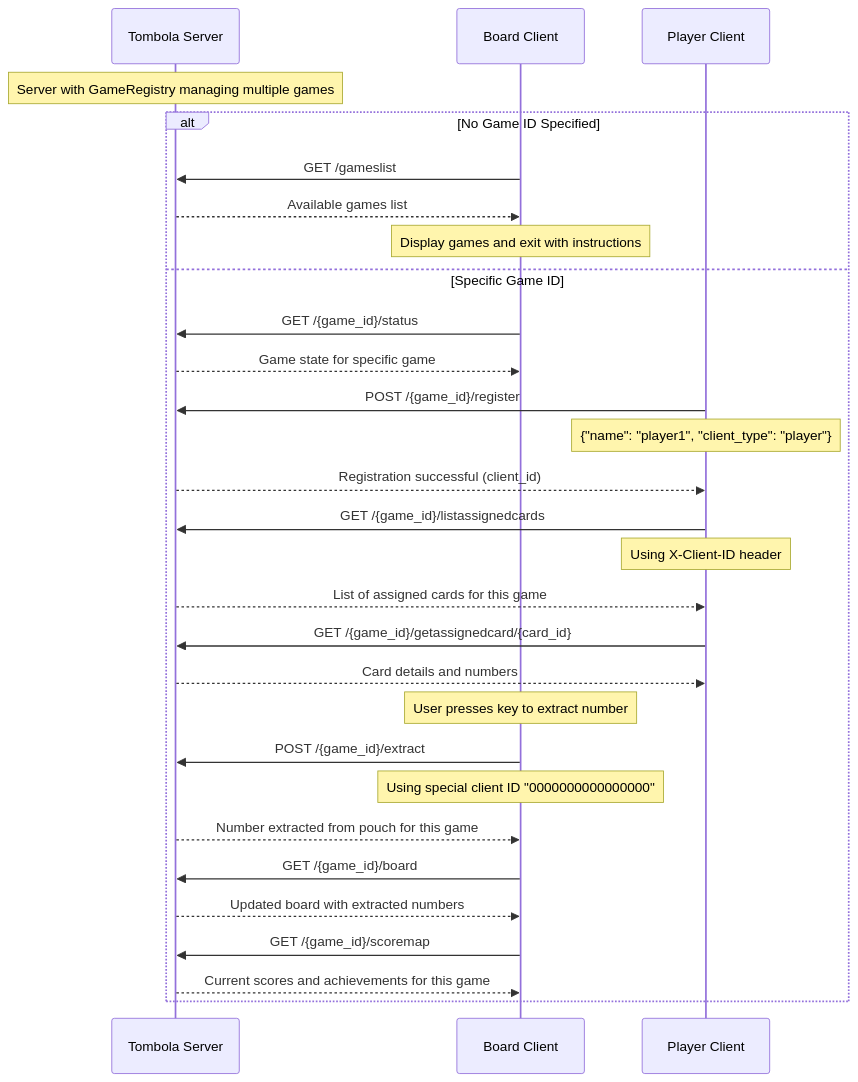
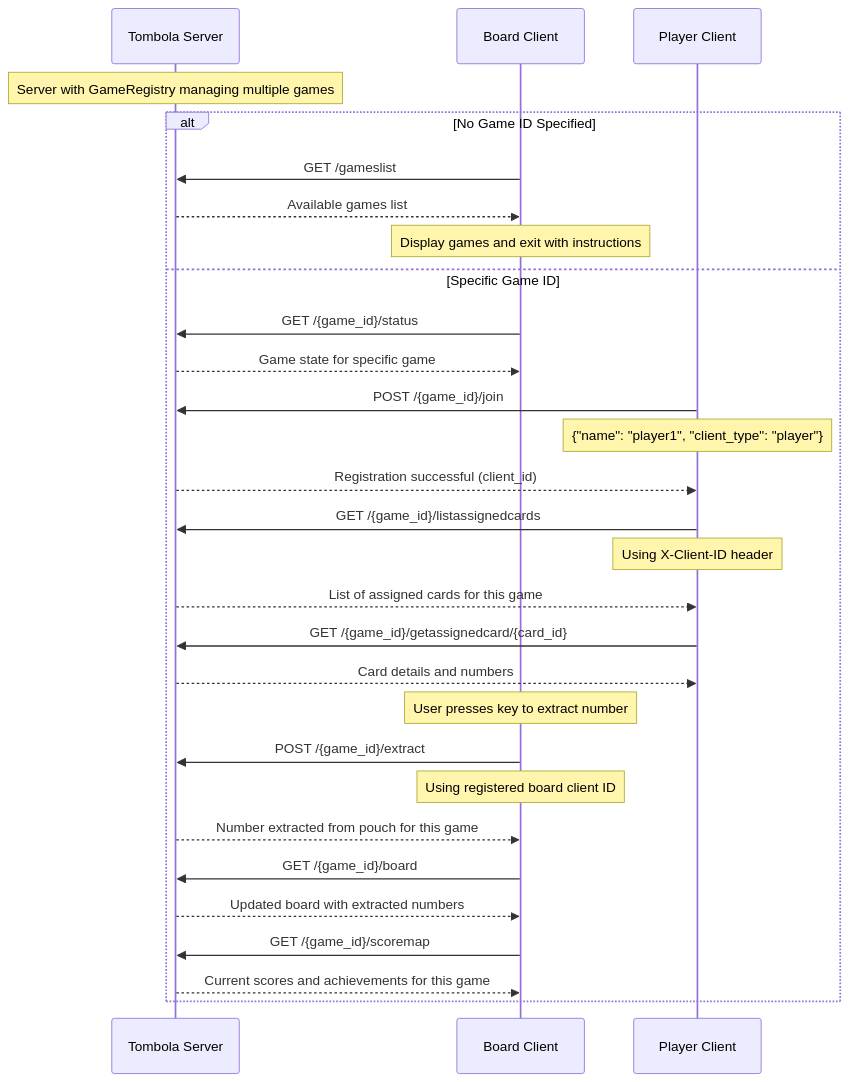
Before and after one commit to badbat75/tombola: the third of 11 diagrams in docs/FLOWS.md, drawn with Mermaid. The commit also changed other lines of this file and 14 other files, not shown here.

First line of the commit message:
feat: implement game-specific client type authorization system

````diff
--- a/docs/FLOWS.md
+++ b/docs/FLOWS.md
@@ -65,39 +65,39 @@
 ```mermaid
 sequenceDiagram
     participant S as Tombola Server
     participant BC as Board Client
     participant PC as Player Client
 
     Note over S: Server with GameRegistry managing multiple games
 
     alt No Game ID Specified
         BC->>S: GET /gameslist
         S-->>BC: Available games list
         Note over BC: Display games and exit with instructions
     else Specific Game ID
         BC->>S: GET /{game_id}/status
         S-->>BC: Game state for specific game
 
-        PC->>S: POST /{game_id}/register
+        PC->>S: POST /{game_id}/join
         Note over PC: {"name": "player1", "client_type": "player"}
         S-->>PC: Registration successful (client_id)
 
         PC->>S: GET /{game_id}/listassignedcards
         Note over PC: Using X-Client-ID header
         S-->>PC: List of assigned cards for this game
 
         PC->>S: GET /{game_id}/getassignedcard/{card_id}
         S-->>PC: Card details and numbers
 
         Note over BC: User presses key to extract number
         BC->>S: POST /{game_id}/extract
-        Note over BC: Using special client ID "0000000000000000"
+        Note over BC: Using registered board client ID
         S-->>BC: Number extracted from pouch for this game
 
         BC->>S: GET /{game_id}/board
         S-->>BC: Updated board with extracted numbers
 
         BC->>S: GET /{game_id}/scoremap
         S-->>BC: Current scores and achievements for this game
     end
 ```
````
